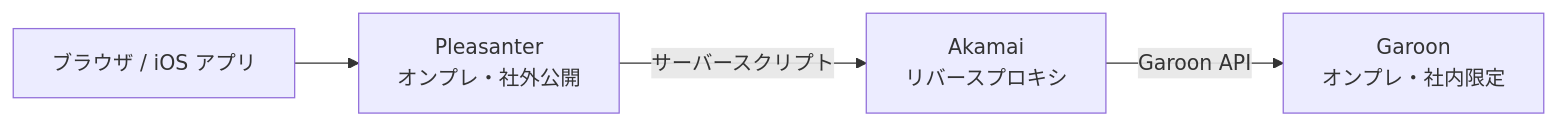
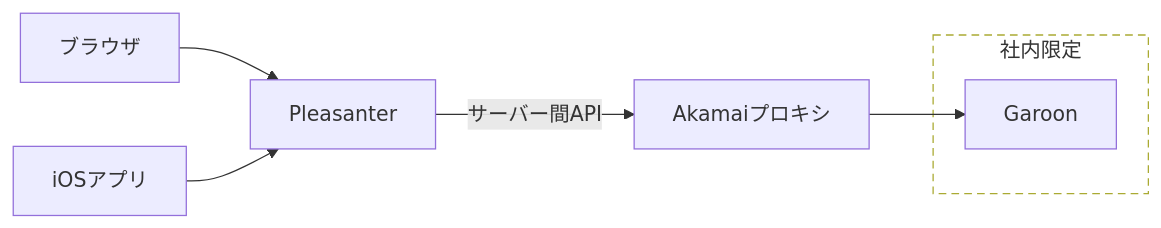
The diagram in README.md (J-paku/seatmap-demo), drawn with Mermaid before and after one commit. The commit also changed other lines of this file, not shown here.

Commit message:
docs: 構成図をノード分離+社内限定枠+デモ注記に再構成
- ブラウザ/iOSアプリをノード分離し、サーバー間APIをエッジラベル化
- 社内限定の点線サブグラフで Garoon を囲む
- デモはmock JSON の注記を図直下に小さく追加

````diff
--- a/README.md
+++ b/README.md
@@ -39,6 +39,11 @@
 ```mermaid
 flowchart LR
-  C["ブラウザ / iOS アプリ"] --> P["Pleasanter<br>オンプレ・社外公開"]
-  P -->|"サーバースクリプト"| A["Akamai<br>リバースプロキシ"]
-  A -->|"Garoon API"| G["Garoon<br>オンプレ・社内限定"]
+  B["ブラウザ"] --> P["Pleasanter"]
+  I["iOSアプリ"] --> P
+  P -->|"サーバー間API"| A["Akamaiプロキシ"]
+  subgraph Z["社内限定"]
+    G["Garoon"]
+  end
+  A --> G
+  style Z fill:none,stroke-dasharray:6 4
 ```
````
